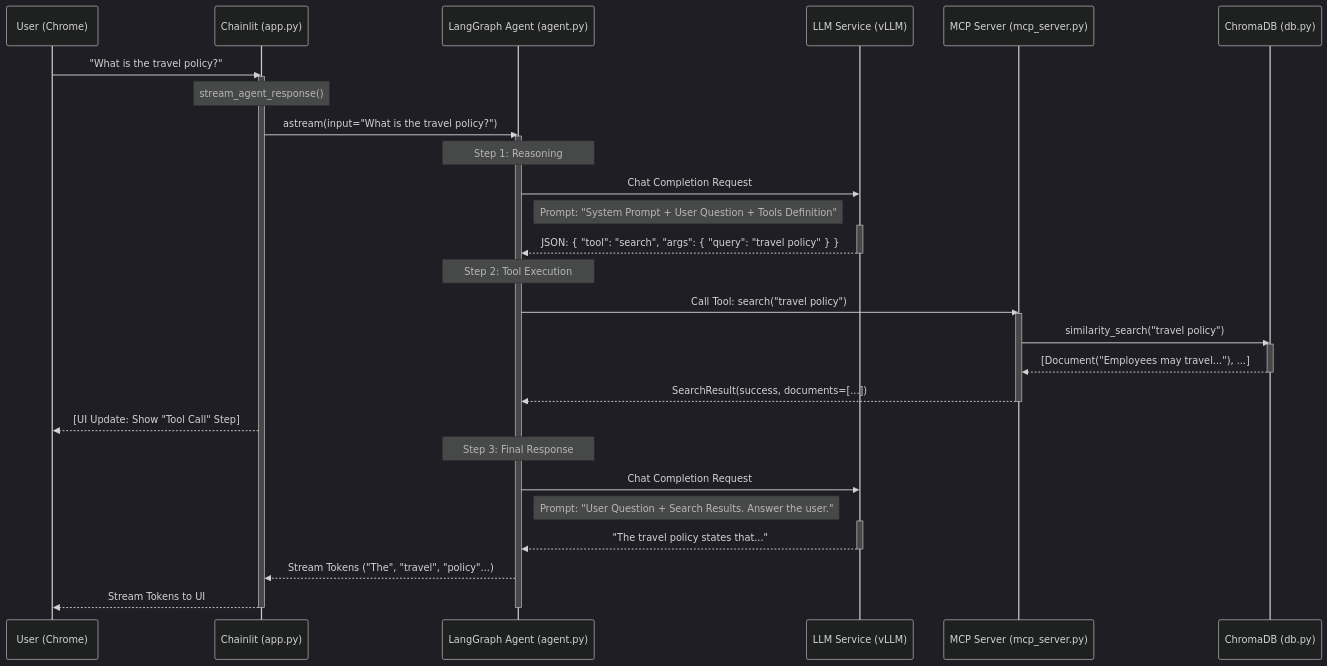
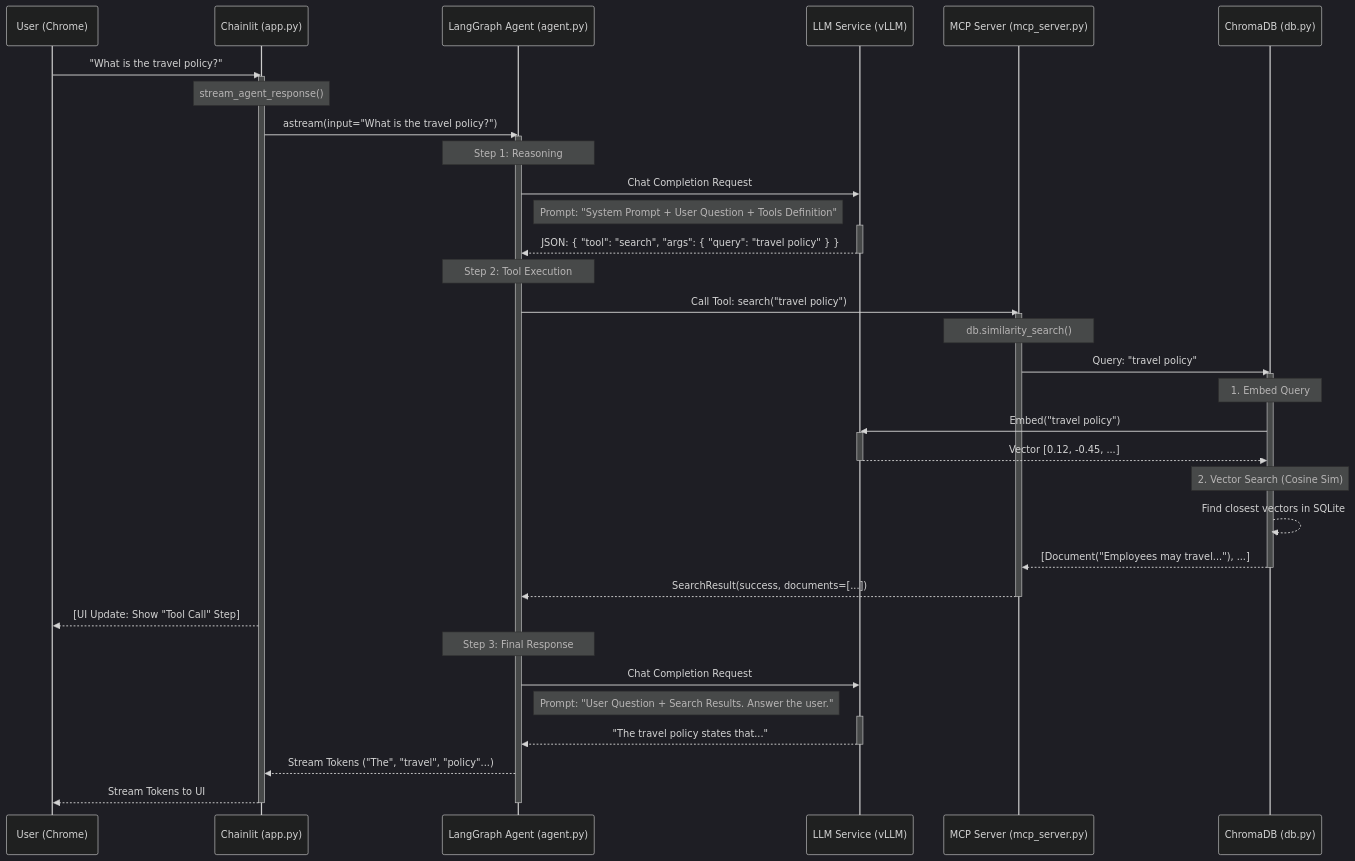
The second of 2 diagrams in README.md (briangallagher/demo_mlflow_agent_tracing), drawn with Mermaid (dark theme) before and after one commit.

````diff
--- a/README.md
+++ b/README.md
@@ -79,48 +79,60 @@
 ```mermaid
 sequenceDiagram
     participant User as User (Chrome)
     participant Chainlit as Chainlit (app.py)
     participant Agent as LangGraph Agent (agent.py)
     participant LLM as LLM Service (vLLM)
     participant MCP as MCP Server (mcp_server.py)
     participant DB as ChromaDB (db.py)
 
     User->>Chainlit: "What is the travel policy?"
     activate Chainlit
     
     Note over Chainlit: stream_agent_response()
     Chainlit->>Agent: astream(input="What is the travel policy?")
     activate Agent
     
     Note over Agent: Step 1: Reasoning
     Agent->>LLM: Chat Completion Request
     Note right of Agent: Prompt: "System Prompt + User Question + Tools Definition"
     activate LLM
     LLM-->>Agent: JSON: { "tool": "search", "args": { "query": "travel policy" } }
     deactivate LLM
     
     Note over Agent: Step 2: Tool Execution
     Agent->>MCP: Call Tool: search("travel policy")
     activate MCP
-    MCP->>DB: similarity_search("travel policy")
+    
+    Note over MCP: db.similarity_search()
+    MCP->>DB: Query: "travel policy"
     activate DB
+    
+    Note over DB: 1. Embed Query
+    DB->>LLM: Embed("travel policy")
+    activate LLM
+    LLM-->>DB: Vector [0.12, -0.45, ...]
+    deactivate LLM
+    
+    Note over DB: 2. Vector Search (Cosine Sim)
+    DB-->>DB: Find closest vectors in SQLite
+    
     DB-->>MCP: [Document("Employees may travel..."), ...]
     deactivate DB
     MCP-->>Agent: SearchResult(success, documents=[...])
     deactivate MCP
     
     Chainlit-->>User: [UI Update: Show "Tool Call" Step]
     
     Note over Agent: Step 3: Final Response
     Agent->>LLM: Chat Completion Request
     Note right of Agent: Prompt: "User Question + Search Results. Answer the user."
     activate LLM
     LLM-->>Agent: "The travel policy states that..."
     deactivate LLM
     
     Agent-->>Chainlit: Stream Tokens ("The", "travel", "policy"...)
     Chainlit-->>User: Stream Tokens to UI
     
     deactivate Agent
     deactivate Chainlit
 ```
````
